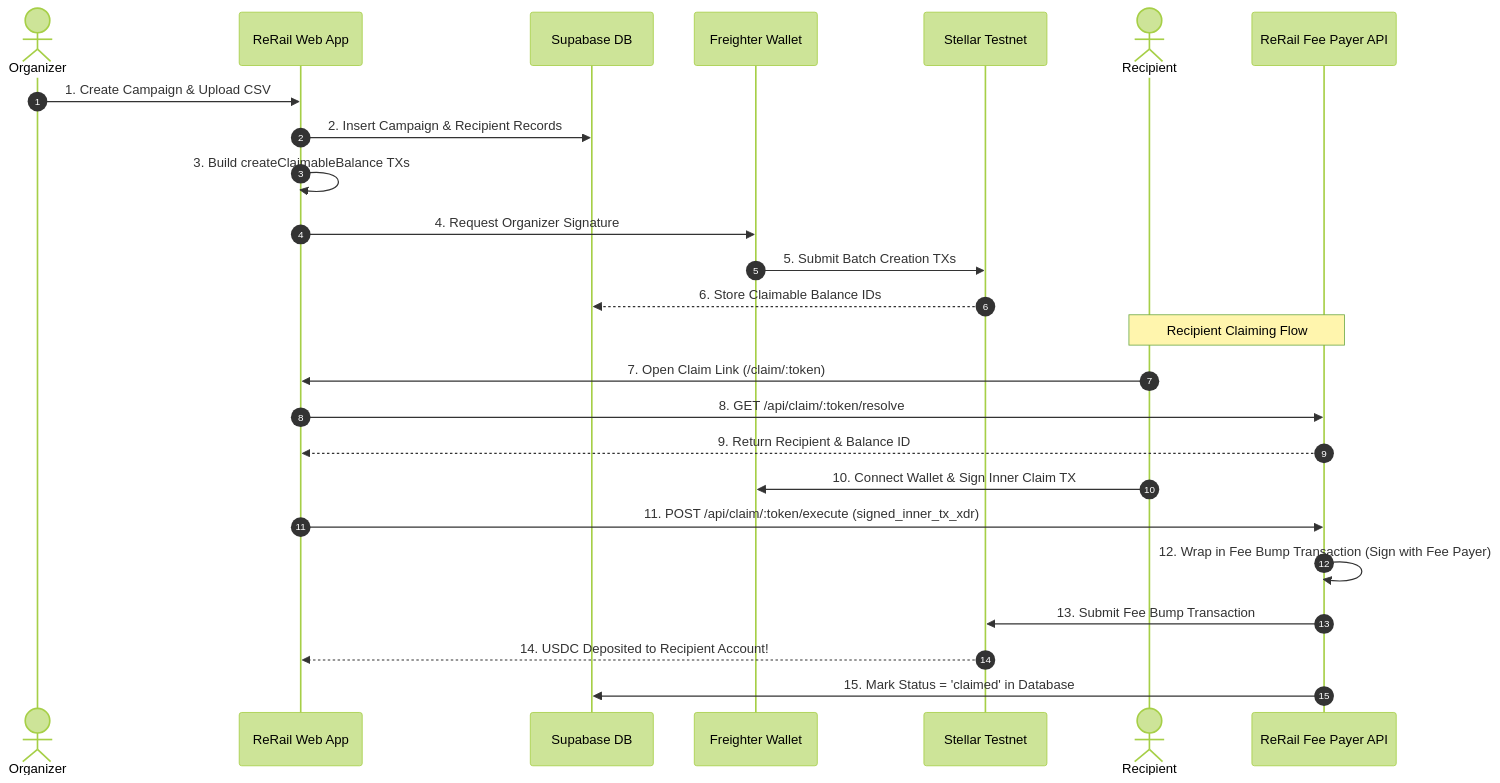
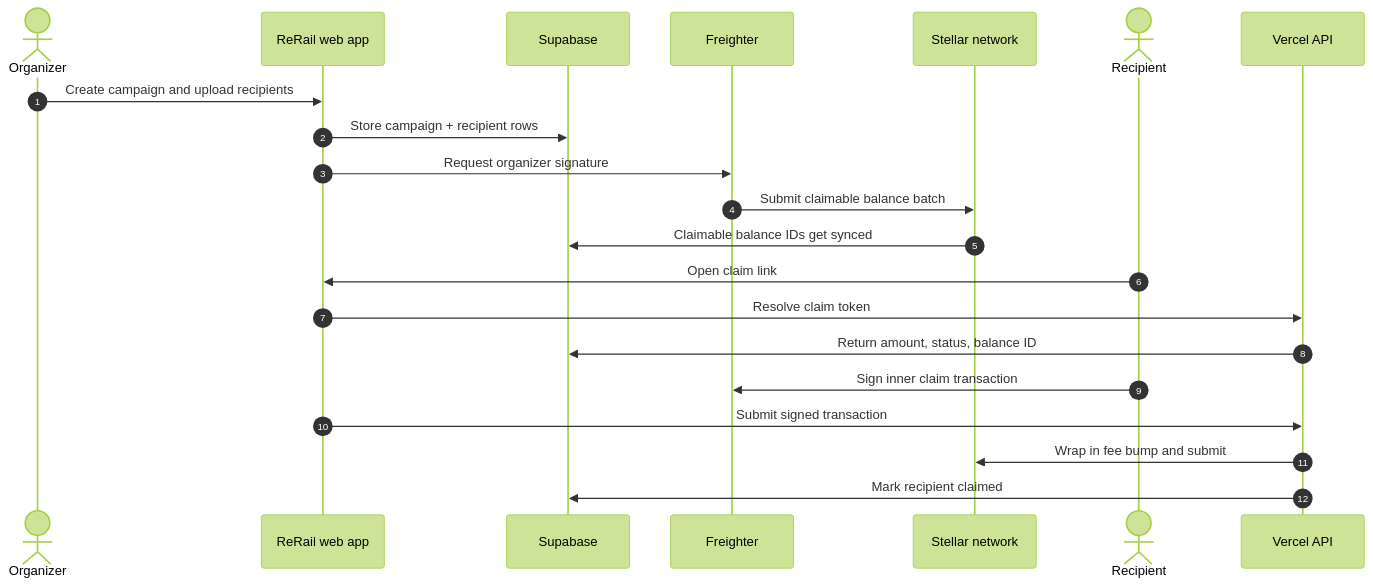
The diagram in README.md (sukrit-89/CUSS), drawn with Mermaid (forest theme) before and after one commit. The commit also changed other lines of this file and 118 other files, not shown here.

Commit message:
- fixed the organizer flow - updated the dead code of the registry - fix the api calls - disabled the soroswap

````diff
--- a/README.md
+++ b/README.md
@@ -48,30 +25,25 @@
 ```mermaid
 sequenceDiagram
     autonumber
     actor Organizer
-    participant App as ReRail Web App
-    participant DB as Supabase DB
-    participant Freighter as Freighter Wallet
-    participant Stellar as Stellar Testnet
+    participant App as ReRail web app
+    participant DB as Supabase
+    participant Wallet as Freighter
+    participant Stellar as Stellar network
     actor Recipient
-    participant API as ReRail Fee Payer API
+    participant API as Vercel API
 
-    Organizer->>App: 1. Create Campaign & Upload CSV
-    App->>DB: 2. Insert Campaign & Recipient Records
-    App->>App: 3. Build createClaimableBalance TXs
-    App->>Freighter: 4. Request Organizer Signature
-    Freighter->>Stellar: 5. Submit Batch Creation TXs
-    Stellar-->>DB: 6. Store Claimable Balance IDs
+    Organizer->>App: Create campaign and upload recipients
+    App->>DB: Store campaign + recipient rows
+    App->>Wallet: Request organizer signature
+    Wallet->>Stellar: Submit claimable balance batch
+    Stellar->>DB: Claimable balance IDs get synced
 
-    Note over Recipient, API: Recipient Claiming Flow
-
-    Recipient->>App: 7. Open Claim Link (/claim/:token)
-    App->>API: 8. GET /api/claim/:token/resolve
-    API-->>App: 9. Return Recipient & Balance ID
-    Recipient->>Freighter: 10. Connect Wallet & Sign Inner Claim TX
-    App->>API: 11. POST /api/claim/:token/execute (signed_inner_tx_xdr)
-    API->>API: 12. Wrap in Fee Bump Transaction (Sign with Fee Payer)
-    API->>Stellar: 13. Submit Fee Bump Transaction
-    Stellar-->>App: 14. USDC Deposited to Recipient Account!
-    API->>DB: 15. Mark Status = 'claimed' in Database
+    Recipient->>App: Open claim link
+    App->>API: Resolve claim token
+    API->>DB: Return amount, status, balance ID
+    Recipient->>Wallet: Sign inner claim transaction
+    App->>API: Submit signed transaction
+    API->>Stellar: Wrap in fee bump and submit
+    API->>DB: Mark recipient claimed
 ```
````
